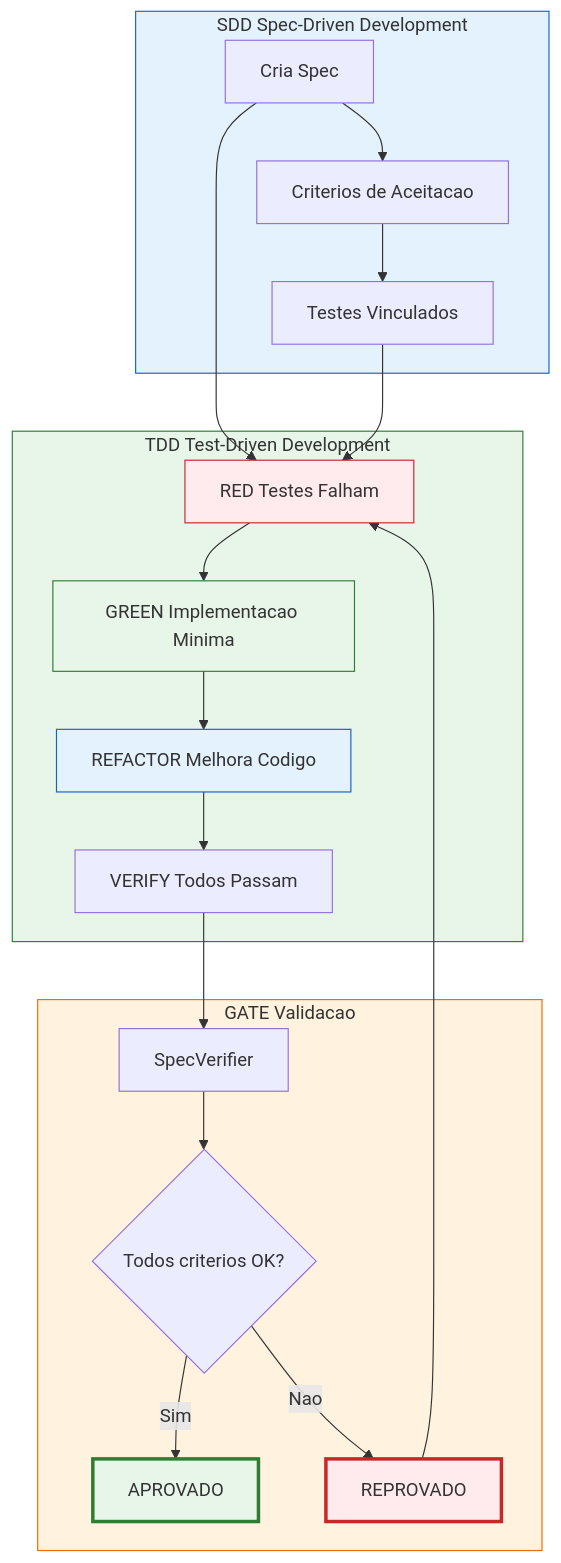
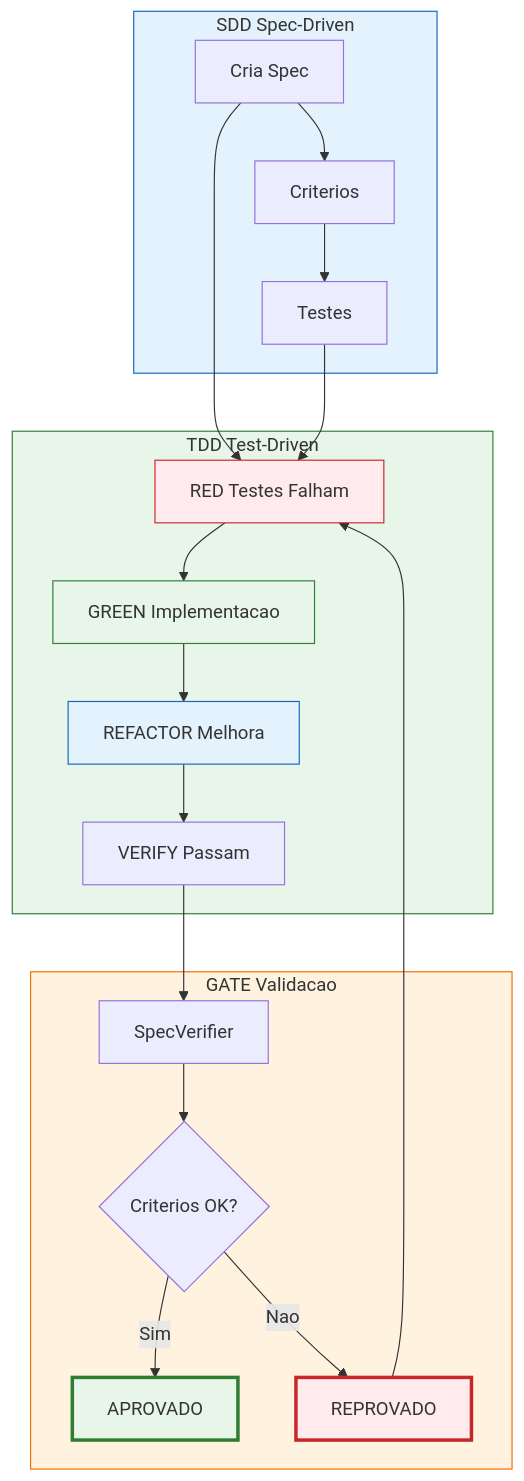
One commit to MarceloClaro/opencode-ecosystem-core changed diagram 11 of 22 in README.md. Above: the diagram before and after it, drawn with Mermaid. The commit also changed other lines of this file, not shown here.

First line of the commit message:
feat(docs): fix flowcharts, add themes, translate datasets to Portuguese

````diff
--- a/README.md
+++ b/README.md
@@ -727,36 +686,36 @@
 ```mermaid
 flowchart TD
-    subgraph SDD ["SDD Spec-Driven Development"]
-        SPEC1["Cria Spec"]
-        SPEC1 --> CRIT["Criterios de Aceitacao"]
-        CRIT --> TESTS["Testes Vinculados"]
+    subgraph SDD[SDD Spec-Driven]
+        SPEC1[Cria Spec]
+        SPEC1 --> CRIT[Criterios]
+        CRIT --> TESTS[Testes]
     end
 
-    subgraph TDD ["TDD Test-Driven Development"]
-        RED["RED Testes Falham"]
-        RED --> GREEN["GREEN Implementacao Minima"]
-        GREEN --> REFACTOR["REFACTOR Melhora Codigo"]
-        REFACTOR --> VERIFY["VERIFY Todos Passam"]
+    subgraph TDD[TDD Test-Driven]
+        RED[RED Testes Falham]
+        RED --> GREEN[GREEN Implementacao]
+        GREEN --> REFACTOR[REFACTOR Melhora]
+        REFACTOR --> VERIFY[VERIFY Passam]
     end
 
-    subgraph GATE ["GATE Validacao"]
-        GATE1["SpecVerifier"]
-        GATE1 --> CHECK{"Todos criterios OK?"}
-        CHECK -->|Sim| APPROVE["APROVADO"]
-        CHECK -->|Nao| REJECT["REPROVADO"]
+    subgraph GATE[GATE Validacao]
+        GATE1[SpecVerifier]
+        GATE1 --> CHECK{Criterios OK?}
+        CHECK -->|Sim| APPROVE[APROVADO]
+        CHECK -->|Nao| REJECT[REPROVADO]
         REJECT --> RED
     end
 
     SPEC1 --> RED
     TESTS --> RED
     VERIFY --> GATE1
 
     style SDD fill:#e3f2fd,stroke:#1565c0
     style TDD fill:#e8f5e9,stroke:#2e7d32
     style GATE fill:#fff3e0,stroke:#ef6c00
     style RED fill:#ffebee,stroke:#c62828
     style GREEN fill:#e8f5e9,stroke:#2e7d32
     style REFACTOR fill:#e3f2fd,stroke:#1565c0
     style APPROVE fill:#e8f5e9,stroke:#2e7d32,stroke-width:3px
     style REJECT fill:#ffebee,stroke:#c62828,stroke-width:3px
 ```
````
